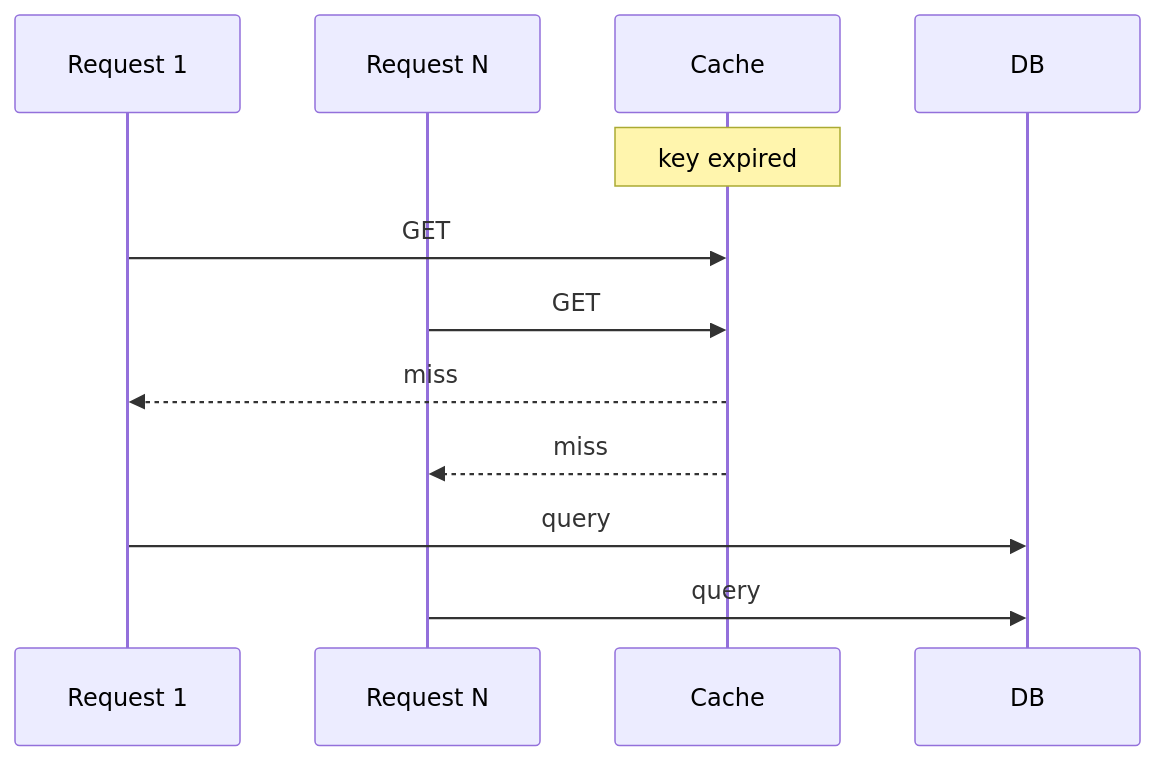
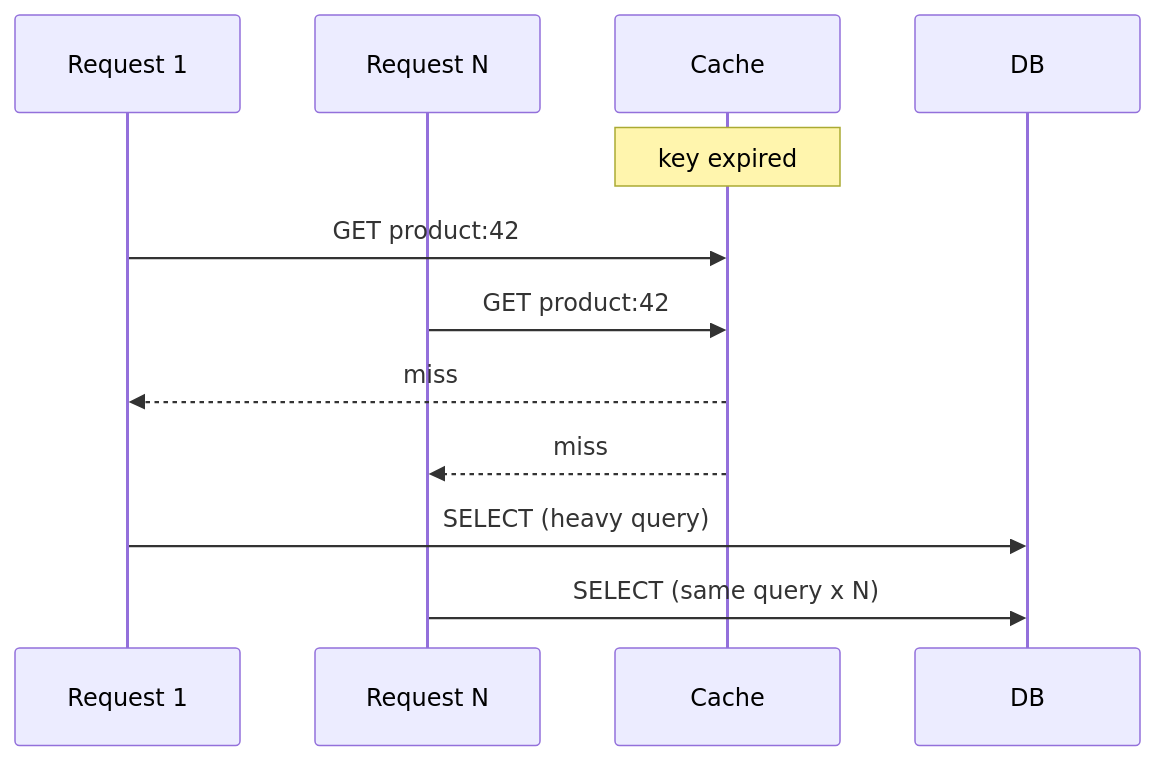
One commit to hareramcse/SystemDesign changed diagram 11 of 14 in 03-caching/README.md. Above: the diagram before and after it, drawn with Mermaid. The commit also changed other lines of this file and 8 other files, not shown here.

````diff
--- a/03-caching/README.md
+++ b/03-caching/README.md
@@ -571,14 +632,14 @@
 ```mermaid
 sequenceDiagram
     participant R1 as Request 1
     participant R2 as Request N
     participant Cache
     participant DB
     Note over Cache: key expired
-    R1->>Cache: GET
-    R2->>Cache: GET
+    R1->>Cache: GET product:42
+    R2->>Cache: GET product:42
     Cache-->>R1: miss
     Cache-->>R2: miss
-    R1->>DB: query
-    R2->>DB: query
+    R1->>DB: SELECT (heavy query)
+    R2->>DB: SELECT (same query x N)
 ```
````
